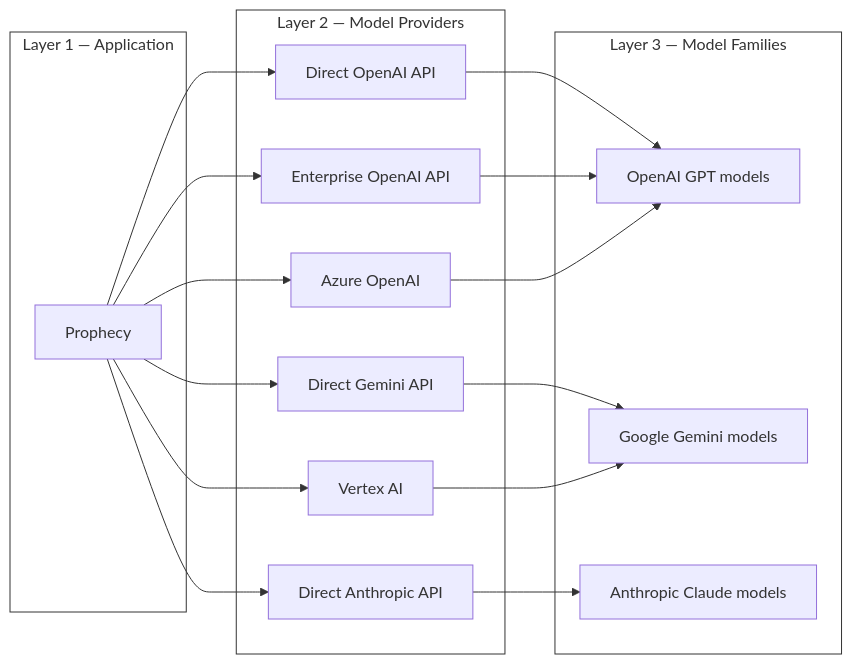
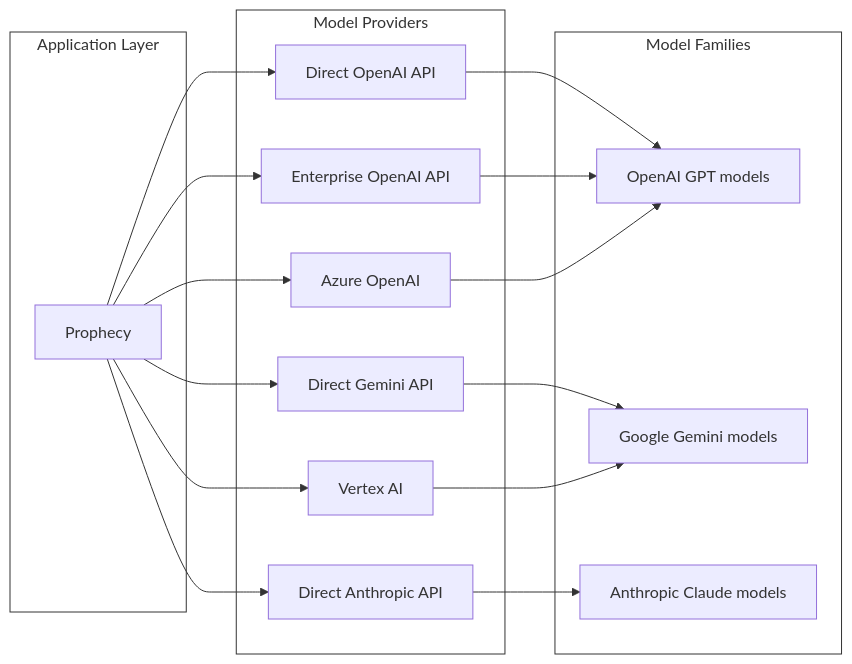
The diagram in data-analytics/ai/llm-providers.mdx (prophecy-io/prophecy-docs), drawn with Mermaid before and after one commit. The commit also changed other lines of this file and 31 other files, not shown here.

````diff
--- a/data-analytics/ai/llm-providers.mdx
+++ b/data-analytics/ai/llm-providers.mdx
@@ -23,39 +31,40 @@
 ```mermaid
 flowchart LR
-subgraph L1["Layer 1 — Application"]
+subgraph L1["Application Layer"]
 P["Prophecy"]
 end
 
-subgraph L2["Layer 2 — Model Providers"]
+subgraph L2["Model Providers"]
 DOA["Direct OpenAI API"]
 EOA["Enterprise OpenAI API"]
 AOA["Azure OpenAI"]
 DGA["Direct Gemini API"]
 VA["Vertex AI"]
 DAA["Direct Anthropic API"]
 end
 
-subgraph L3["Layer 3 — Model Families"]
+subgraph L3["Model Families"]
 GPT["OpenAI GPT models"]
 GEM["Google Gemini models"]
 CLAUDE["Anthropic Claude models"]
 end
 
 P --> DOA
 P --> EOA
 P --> AOA
 P --> DGA
 P --> VA
 P --> DAA
 
 DOA --> GPT
 EOA --> GPT
 AOA --> GPT
 DGA --> GEM
 VA --> GEM
 DAA --> CLAUDE
 
 %% Remove background styling from subgraphs
 classDef subgraphStyle fill:transparent,stroke:#333,stroke-width:1px
 class L1,L2,L3 subgraphStyle
+class DOA,EOA,AOA,DGA,VA,DAA nodeStyle
 ```
````
